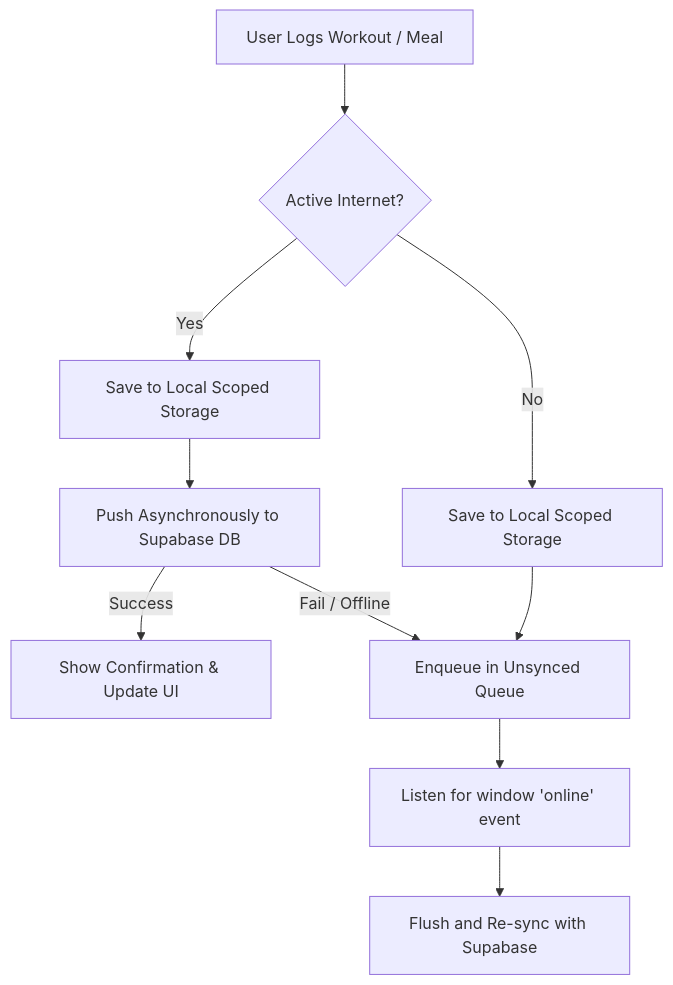
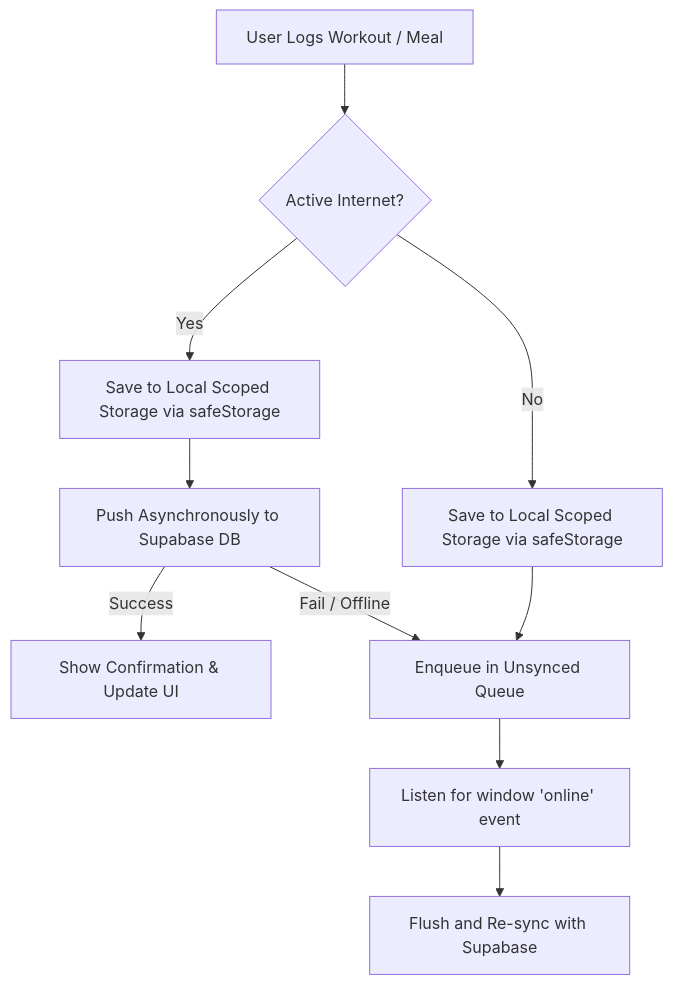
The second of 2 diagrams in ARCHITECTURE.md (ANIKETCHAND/100KG), drawn with Mermaid before and after one commit. The commit also changed other lines of this file and 49 other files, not shown here.

Commit message:
refactor: clean modular architecture, pure services, reactive state stores, safe storage, and scalable API

````diff
--- a/ARCHITECTURE.md
+++ b/ARCHITECTURE.md
@@ -127,13 +200,13 @@
 ```mermaid
 flowchart TD
     Action[User Logs Workout / Meal] --> CheckNet{Active Internet?}
-    CheckNet -- Yes --> CommitLocal[Save to Local Scoped Storage]
+    CheckNet -- Yes --> CommitLocal[Save to Local Scoped Storage via safeStorage]
     CommitLocal --> PushCloud[Push Asynchronously to Supabase DB]
     PushCloud -- Success --> ToastOK[Show Confirmation & Update UI]
     PushCloud -- Fail / Offline --> QueueSync[Enqueue in Unsynced Queue]
     
-    CheckNet -- No --> CommitLocalOffline[Save to Local Scoped Storage]
+    CheckNet -- No --> CommitLocalOffline[Save to Local Scoped Storage via safeStorage]
     CommitLocalOffline --> QueueSync
     QueueSync --> ListenNet[Listen for window 'online' event]
     ListenNet --> FlushQueue[Flush and Re-sync with Supabase]
 ```
````
